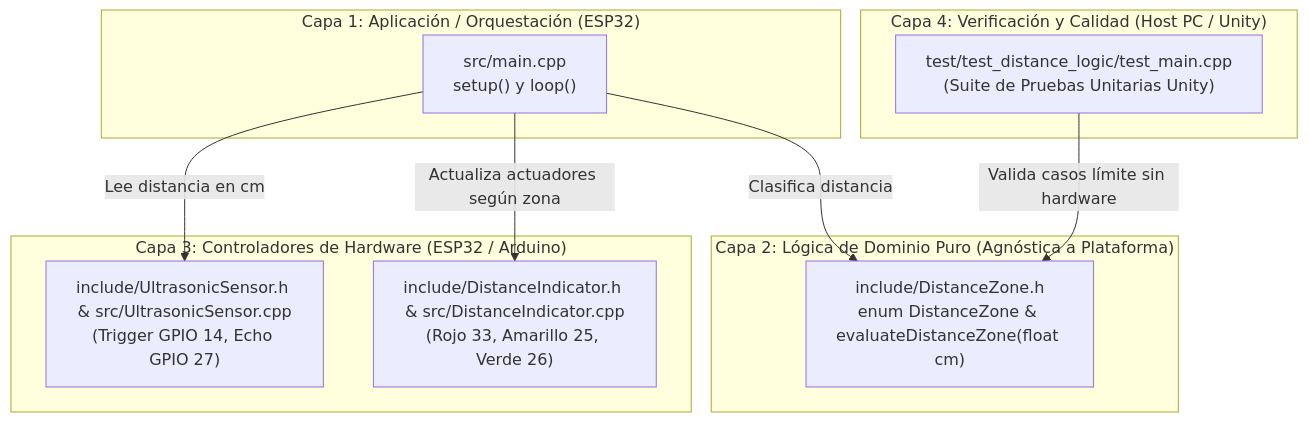
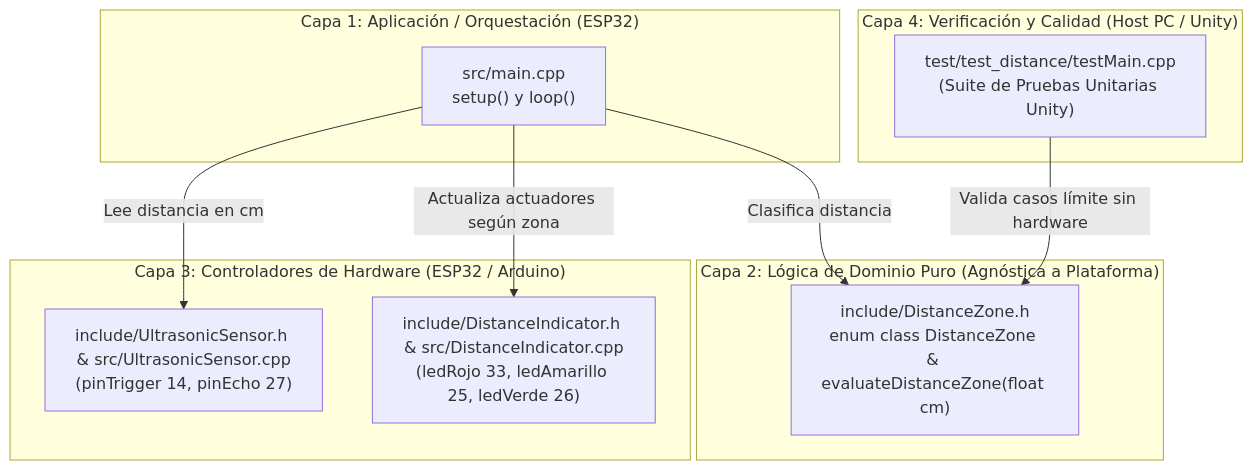
The diagram in _bmad-output/planning-artifacts/architecture/architecture-UltrasonicLedsSensor-2026-09-05/ARCHITECTURE-SPINE.md (mjlozada2003/UltrasonicSensorLeds2), drawn with Mermaid before and after one commit. The commit also changed other lines of this file and 11 other files, not shown here.

Commit message:
feat: refactorizacion a C++ orientado a objetos, pruebas unitarias y documentacion integral

````diff
--- a/_bmad-output/planning-artifacts/architecture/architecture-UltrasonicLedsSensor-2026-09-05/ARCHITECTURE-SPINE.md
+++ b/_bmad-output/planning-artifacts/architecture/architecture-UltrasonicLedsSensor-2026-09-05/ARCHITECTURE-SPINE.md
@@ -22,24 +22,24 @@
 ```mermaid
 graph TD
     subgraph "Capa 1: Aplicación / Orquestación (ESP32)"
         APP["src/main.cpp\nsetup() y loop()"]
     end
 
     subgraph "Capa 2: Lógica de Dominio Puro (Agnóstica a Plataforma)"
-        ZONE["include/DistanceZone.h\nenum DistanceZone & evaluateDistanceZone(float cm)"]
+        ZONE["include/DistanceZone.h\nenum class DistanceZone & evaluateDistanceZone(float cm)"]
     end
 
     subgraph "Capa 3: Controladores de Hardware (ESP32 / Arduino)"
-        US["include/UltrasonicSensor.h & src/UltrasonicSensor.cpp\n(Trigger GPIO 14, Echo GPIO 27)"]
-        LED["include/DistanceIndicator.h & src/DistanceIndicator.cpp\n(Rojo 33, Amarillo 25, Verde 26)"]
+        US["include/UltrasonicSensor.h & src/UltrasonicSensor.cpp\n(pinTrigger 14, pinEcho 27)"]
+        LED["include/DistanceIndicator.h & src/DistanceIndicator.cpp\n(ledRojo 33, ledAmarillo 25, ledVerde 26)"]
     end
 
     subgraph "Capa 4: Verificación y Calidad (Host PC / Unity)"
-        TEST["test/test_distance_logic/test_main.cpp\n(Suite de Pruebas Unitarias Unity)"]
+        TEST["test/test_distance/testMain.cpp\n(Suite de Pruebas Unitarias Unity)"]
     end
 
     APP -->|Lee distancia en cm| US
     APP -->|Clasifica distancia| ZONE
     APP -->|Actualiza actuadores según zona| LED
     TEST -->|Valida casos límite sin hardware| ZONE
 ```
````
